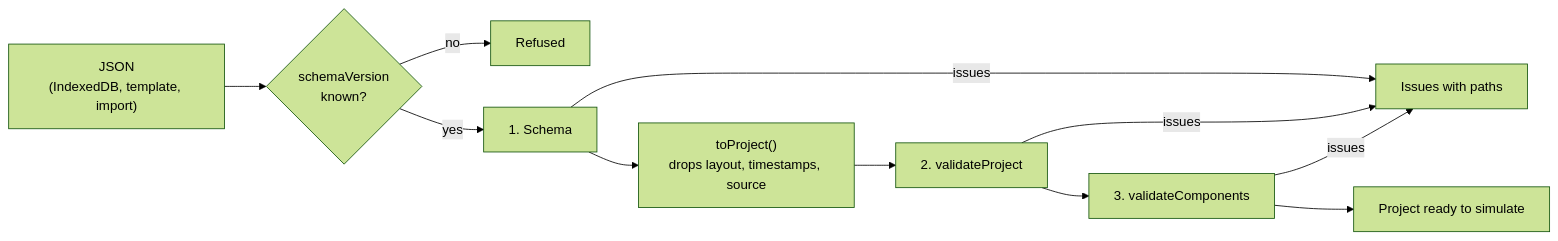
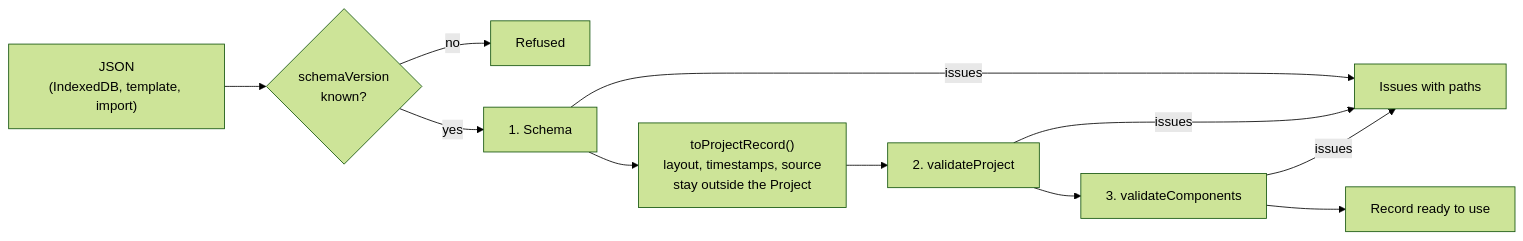
The third of 3 diagrams in docs/architecture/domain-model.md (alanbickel/wind-tunnel), drawn with Mermaid (forest theme) before and after one commit. The commit also changed other lines of this file and 10 other files, not shown here.

````diff
--- a/docs/architecture/domain-model.md
+++ b/docs/architecture/domain-model.md
@@ -56,13 +56,13 @@
 ```mermaid
 flowchart LR
     J["JSON<br/>(IndexedDB, template, import)"] --> V{schemaVersion<br/>known?}
     V -->|no| X[Refused]
     V -->|yes| S[1. Schema]
     S -->|issues| I[Issues with paths]
-    S --> M["toProject()<br/>drops layout, timestamps, source"]
+    S --> M["toProjectRecord()<br/>layout, timestamps, source<br/>stay outside the Project"]
     M --> P[2. validateProject]
     P -->|issues| I
     P --> C[3. validateComponents]
     C -->|issues| I
-    C --> OK[Project ready to simulate]
+    C --> OK[Record ready to use]
 ```
````
